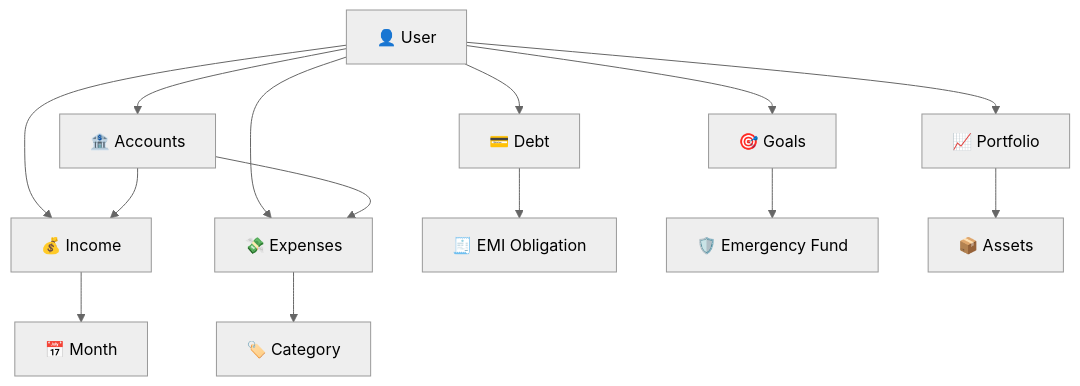
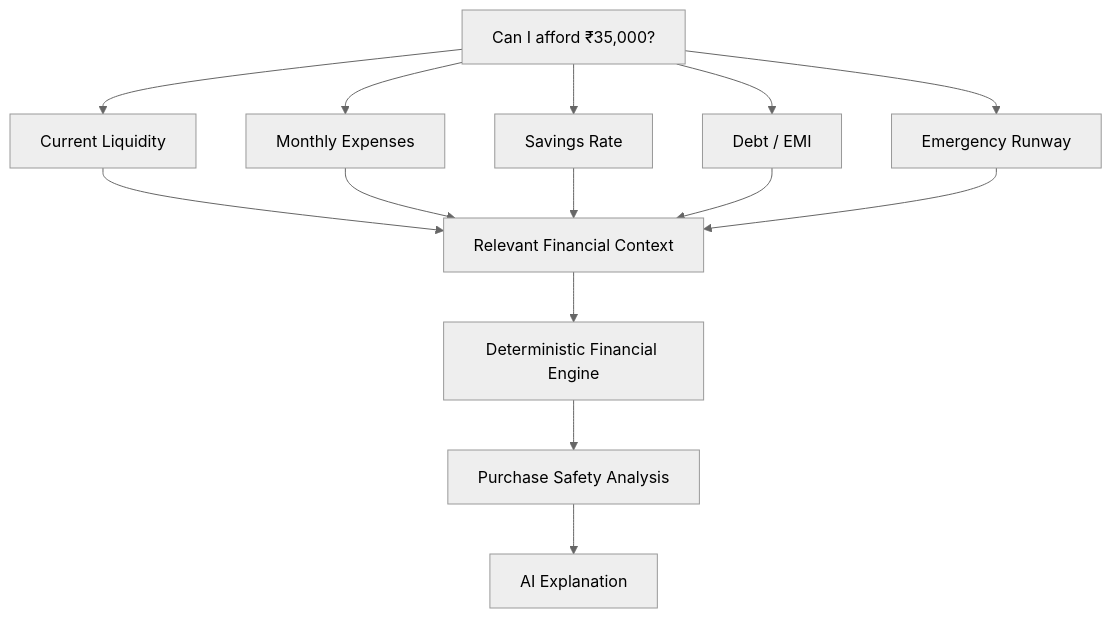
The third of 11 diagrams in README.md (ShlokMishra01/Fintech-assistant-model-with-neo4j-and-Python), drawn with Mermaid (neutral theme) before and after one commit. The commit also changed other lines of this file, not shown here.

````diff
--- a/README.md
+++ b/README.md
@@ -124,24 +211,23 @@
 ```mermaid
-graph TD
+flowchart TD
 
-    U["👤 User"]
+    Q["Can I afford ₹35,000?"]
 
-    U --> A["🏦 Accounts"]
-    U --> I["💰 Income"]
-    U --> E["💸 Expenses"]
-    U --> D["💳 Debt"]
-    U --> G["🎯 Goals"]
-    U --> P["📈 Portfolio"]
+    Q --> A["Current Liquidity"]
+    Q --> B["Monthly Expenses"]
+    Q --> C["Savings Rate"]
+    Q --> D["Debt / EMI"]
+    Q --> E["Emergency Runway"]
 
-    A --> I
-    A --> E
+    A --> R["Relevant Financial Context"]
+    B --> R
+    C --> R
+    D --> R
+    E --> R
 
-    I --> M["📅 Month"]
-    E --> C["🏷️ Category"]
+    R --> M["Deterministic Financial Engine"]
 
-    D --> EMI["🧾 EMI Obligation"]
+    M --> X["Purchase Safety Analysis"]
 
-    G --> EF["🛡️ Emergency Fund"]
-
-    P --> AS["📦 Assets"]
+    X --> L["AI Explanation"]
 ```
````
